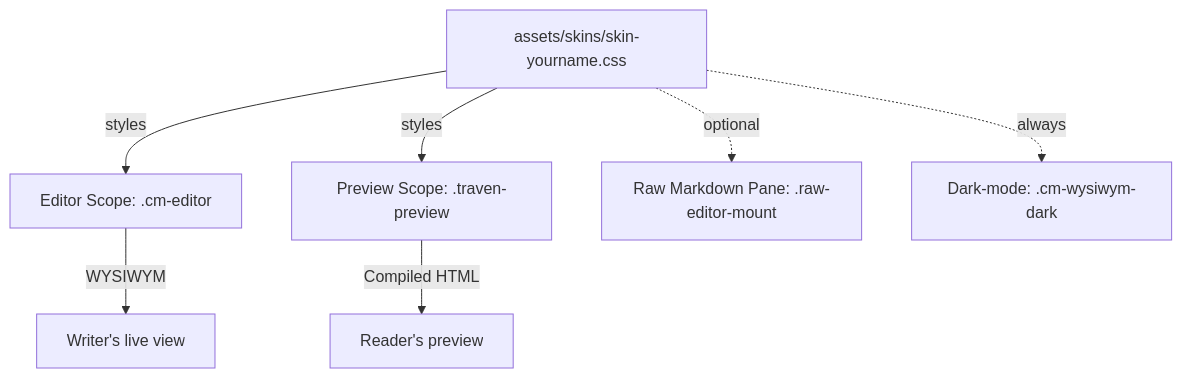
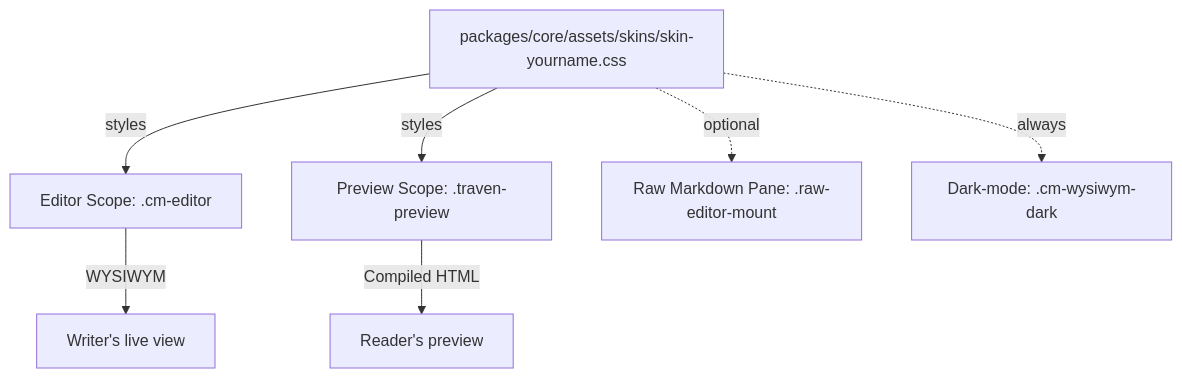
The diagram in docs/dev/theme-development.md (slpstream/traven), drawn with Mermaid before and after one commit. The commit also changed other lines of this file and 6 other files, not shown here.

Commit message:
docs: update references to assets directory to point to packages/core/assets

````diff
--- a/docs/dev/theme-development.md
+++ b/docs/dev/theme-development.md
@@ -45,9 +45,9 @@
 ```mermaid
 graph TD
-    A[assets/skins/skin-yourname.css] -->|styles| B[Editor Scope: .cm-editor]
+    A[packages/core/assets/skins/skin-yourname.css] -->|styles| B[Editor Scope: .cm-editor]
     A -->|styles| C[Preview Scope: .traven-preview]
     B -->|WYSIWYM| W[Writer's live view]
     C -->|Compiled HTML| P[Reader's preview]
     A -.->|optional| D[Raw Markdown Pane: .raw-editor-mount]
     A -.->|always| E[Dark-mode: .cm-wysiwym-dark]
 ```
````
